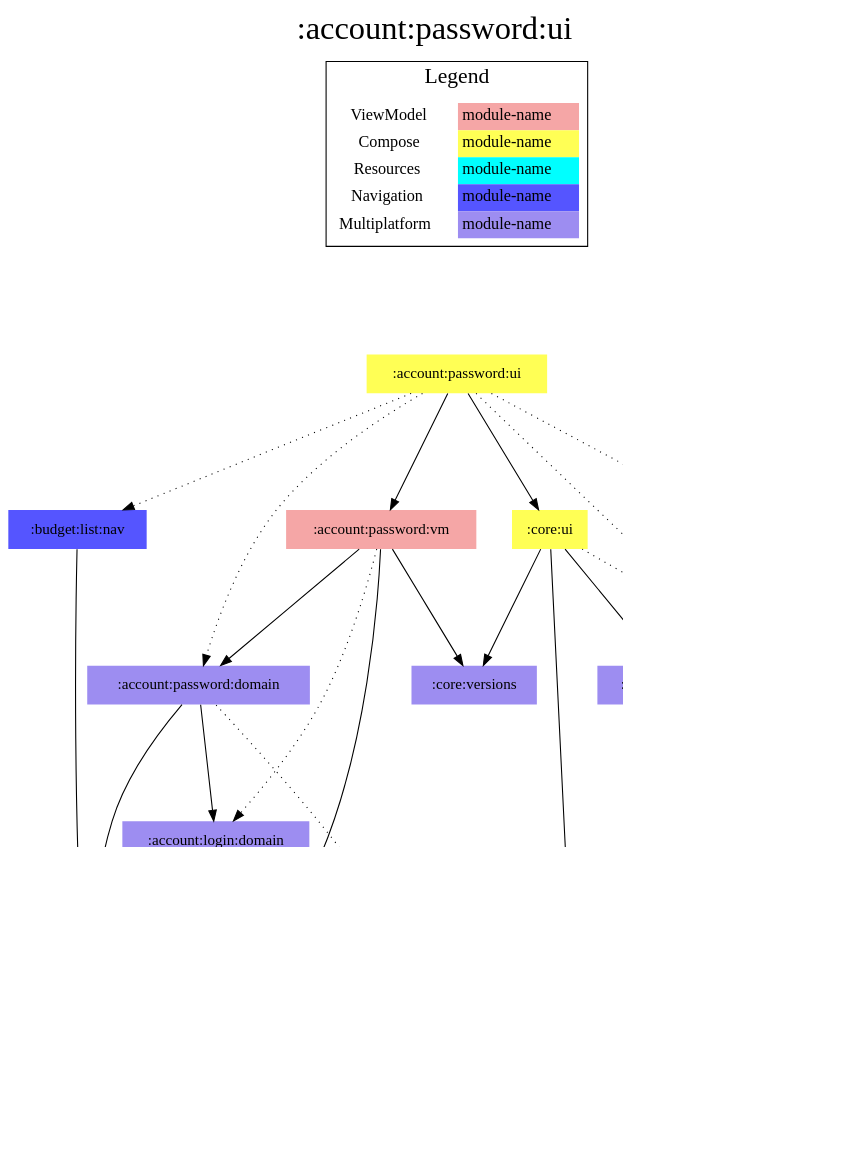
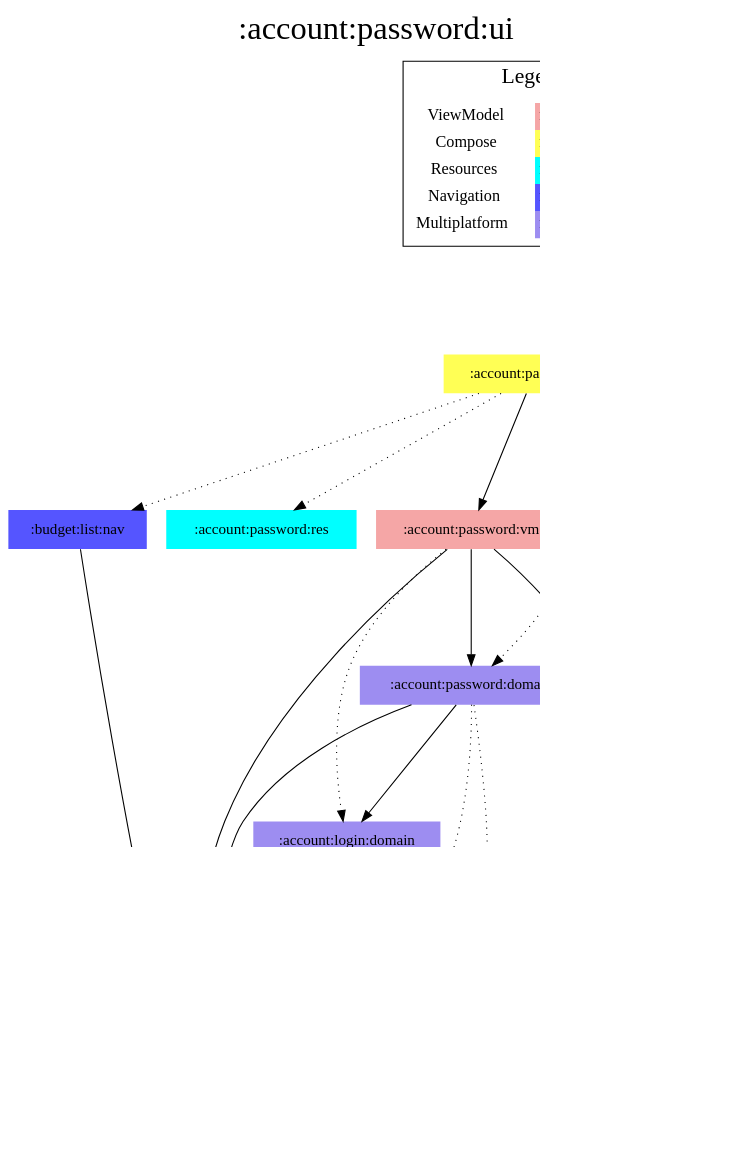
Before and after one commit to jonapoul/aktual: the diagram in modules/account/password/ui/modules.dot, drawn with Graphviz. The commit also changed 184 other files, not shown here.

```diff
--- a/modules/account/password/ui/modules.dot
+++ b/modules/account/password/ui/modules.dot
@@ -1,61 +1,62 @@
 digraph {
 edge ["dir"="forward"]
 graph ["dpi"="100","label"=":account:password:ui","labelloc"="t","fontsize"="30","ranksep"="1.5","rankdir"="TB"]
 node ["style"="filled"]
 ":account:login:domain" ["fillcolor"="#9D8DF1","shape"="none"]
 ":account:model" ["fillcolor"="#9D8DF1","shape"="none"]
 ":account:password:domain" ["fillcolor"="#9D8DF1","shape"="none"]
 ":account:password:res" ["fillcolor"="#00FFFF","shape"="none"]
 ":account:password:ui" ["fillcolor"="#FFFF55","shape"="none"]
 ":account:password:vm" ["fillcolor"="#F5A6A6","shape"="none"]
 ":api:actual" ["fillcolor"="#9D8DF1","shape"="none"]
 ":budget:list:nav" ["fillcolor"="#5555FF","shape"="none"]
 ":budget:model" ["fillcolor"="#9D8DF1","shape"="none"]
 ":codegen:annotation" ["fillcolor"="#9D8DF1","shape"="none"]
-":core:colorscheme" ["fillcolor"="#9D8DF1","shape"="none"]
+":core:model" ["fillcolor"="#9D8DF1","shape"="none"]
 ":core:res" ["fillcolor"="#00FFFF","shape"="none"]
 ":core:ui" ["fillcolor"="#FFFF55","shape"="none"]
-":core:versions" ["fillcolor"="#9D8DF1","shape"="none"]
-":url:model" ["fillcolor"="#9D8DF1","shape"="none"]
+":prefs" ["fillcolor"="#9D8DF1","shape"="none"]
 {
 edge ["dir"="none"]
 graph ["rank"="same"]
 }
 ":account:login:domain" -> ":account:model"
 ":account:login:domain" -> ":api:actual" ["style"="dotted"]
+":account:login:domain" -> ":prefs" ["style"="dotted"]
 ":account:password:domain" -> ":account:login:domain"
 ":account:password:domain" -> ":account:model"
 ":account:password:domain" -> ":api:actual" ["style"="dotted"]
+":account:password:domain" -> ":prefs" ["style"="dotted"]
 ":account:password:ui" -> ":account:password:domain" ["style"="dotted"]
 ":account:password:ui" -> ":account:password:res" ["style"="dotted"]
 ":account:password:ui" -> ":account:password:vm"
 ":account:password:ui" -> ":budget:list:nav" ["style"="dotted"]
 ":account:password:ui" -> ":core:res" ["style"="dotted"]
 ":account:password:ui" -> ":core:ui"
 ":account:password:vm" -> ":account:login:domain" ["style"="dotted"]
 ":account:password:vm" -> ":account:model"
 ":account:password:vm" -> ":account:password:domain"
-":account:password:vm" -> ":core:versions"
+":account:password:vm" -> ":core:model"
 ":api:actual" -> ":account:model"
 ":api:actual" -> ":budget:model"
 ":api:actual" -> ":codegen:annotation" ["style"="dotted"]
-":api:actual" -> ":url:model"
+":api:actual" -> ":core:model"
 ":budget:list:nav" -> ":account:model"
-":core:ui" -> ":core:colorscheme"
+":core:ui" -> ":core:model"
 ":core:ui" -> ":core:res" ["style"="dotted"]
-":core:ui" -> ":core:versions"
-":core:ui" -> ":url:model"
+":prefs" -> ":account:model"
+":prefs" -> ":core:model"
 subgraph "cluster_legend" {
 edge ["dir"="none"]
 graph ["label"="Legend","fontsize"="20"]
 "Legend" ["style"="filled","fillcolor"="#FFFFFF","shape"="none","margin"="0","fontsize"="15","label"=<
 <TABLE BORDER="0" CELLBORDER="0" CELLSPACING="0" CELLPADDING="4">
 <TR><TD>ViewModel</TD><TD BGCOLOR="#F5A6A6">module-name</TD></TR>
 <TR><TD>Compose</TD><TD BGCOLOR="#FFFF55">module-name</TD></TR>
 <TR><TD>Resources</TD><TD BGCOLOR="#00FFFF">module-name</TD></TR>
 <TR><TD>Navigation</TD><TD BGCOLOR="#5555FF">module-name</TD></TR>
 <TR><TD>Multiplatform</TD><TD BGCOLOR="#9D8DF1">module-name</TD></TR>
 </TABLE>
 >]
 } -> ":account:password:ui" ["style"="invis"]
 }
```
